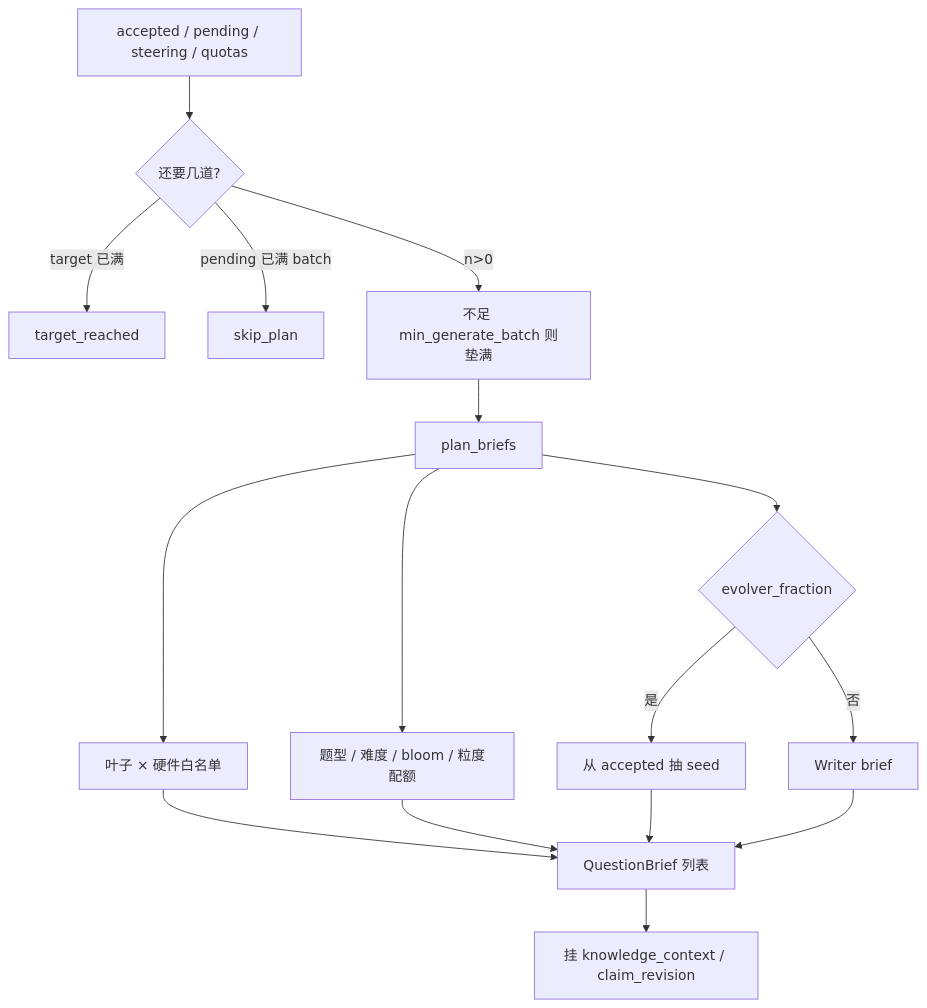
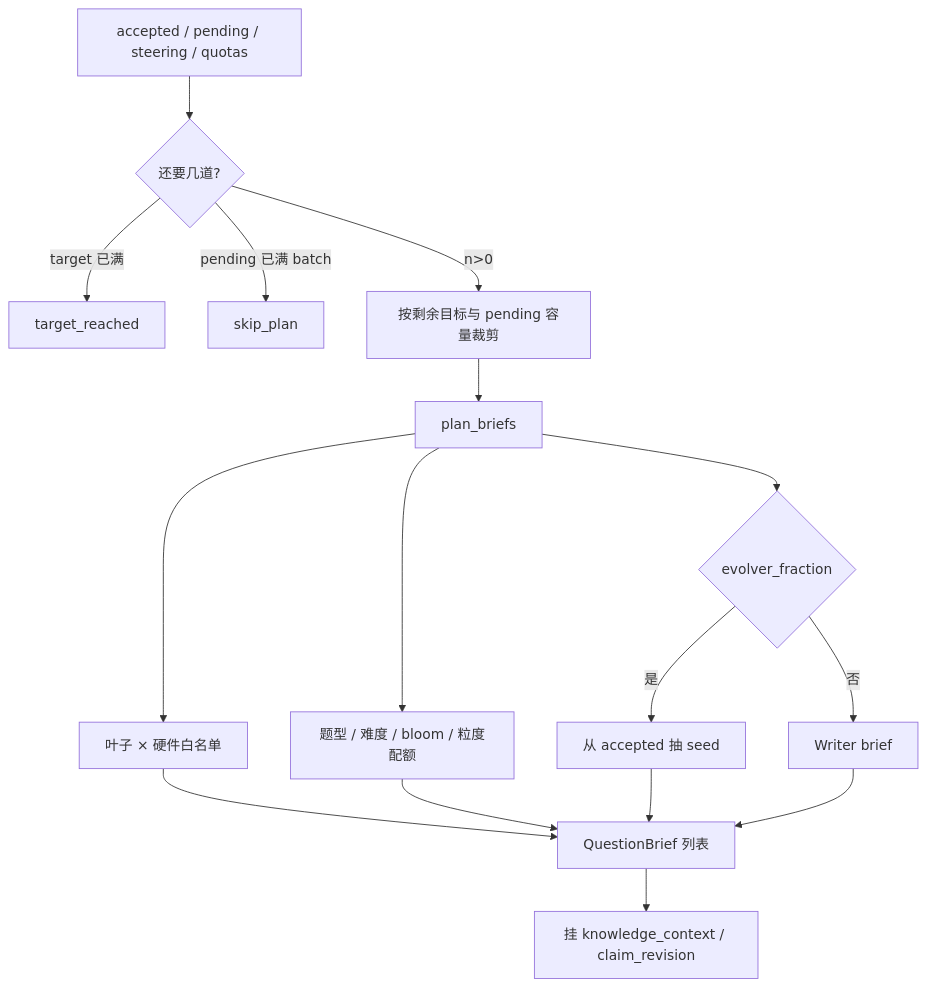
Before and after one commit to KernelFlow-ops/cuda-sft-qgen: the fifth of 17 diagrams in README.md, drawn with Mermaid. The commit also changed other lines of this file and 160 other files, not shown here.

````diff
--- a/README.md
+++ b/README.md
@@ -157,18 +147,18 @@
 ```mermaid
 flowchart TB
   IN[accepted / pending / steering / quotas] --> N{还要几道?}
   N -->|target 已满| STOP[target_reached]
   N -->|pending 已满 batch| SKIP[skip_plan]
-  N -->|n>0| PAD[不足 min_generate_batch 则垫满]
-  PAD --> SAMPLE[plan_briefs]
+  N -->|n>0| CAP[按剩余目标与 pending 容量裁剪]
+  CAP --> SAMPLE[plan_briefs]
   SAMPLE --> HW[叶子 × 硬件白名单]
   SAMPLE --> QT[题型 / 难度 / bloom / 粒度配额]
   SAMPLE --> EV{evolver_fraction}
   EV -->|是| SEED[从 accepted 抽 seed]
   EV -->|否| WRB[Writer brief]
   HW --> BRIEF[QuestionBrief 列表]
   QT --> BRIEF
   SEED --> BRIEF
   WRB --> BRIEF
   BRIEF --> KG[挂 knowledge_context / claim_revision]
 ```
````
